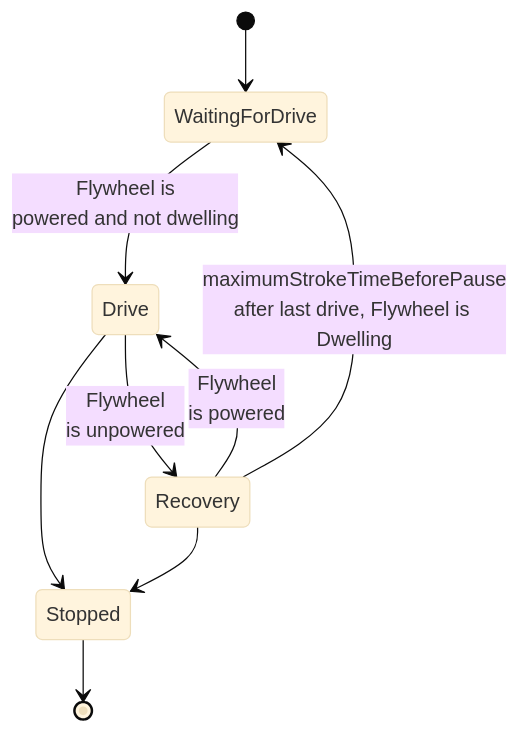
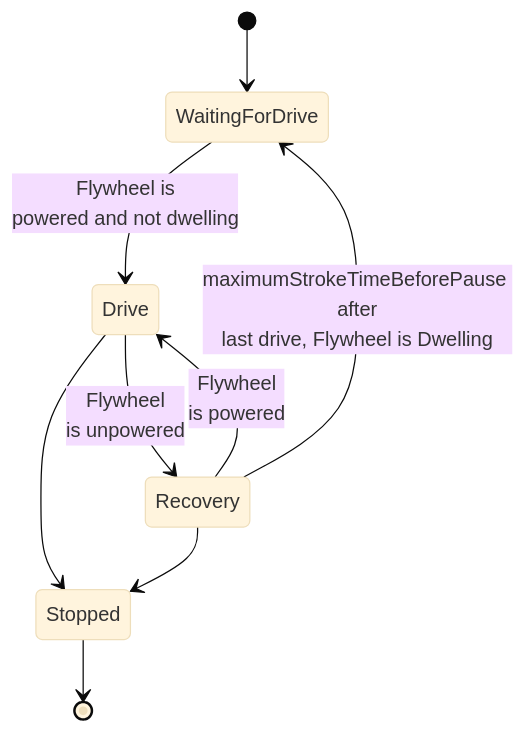
One commit to laberning/openrowingmonitor changed the fourth of 4 diagrams in docs/Architecture.md. Above: the diagram before and after it, drawn with Mermaid (base theme). The commit also changed other lines of this file, not shown here.

````diff
--- a/docs/Architecture.md
+++ b/docs/Architecture.md
@@ -93,11 +93,11 @@
 ```mermaid
 stateDiagram-v2
     [*] --> WaitingForDrive
     WaitingForDrive --> Drive: Flywheel is<br>powered and not dwelling
     Drive --> Recovery: Flywheel<br>is unpowered
     Recovery --> Drive: Flywheel<br>is powered
-    Recovery --> WaitingForDrive: maximumStrokeTimeBeforePause<br>after last drive, Flywheel is Dwelling
+    Recovery --> WaitingForDrive: maximumStrokeTimeBeforePause after<br>last drive, Flywheel is Dwelling
     Drive --> Stopped
     Recovery --> Stopped
     Stopped --> [*]
 ```
````
